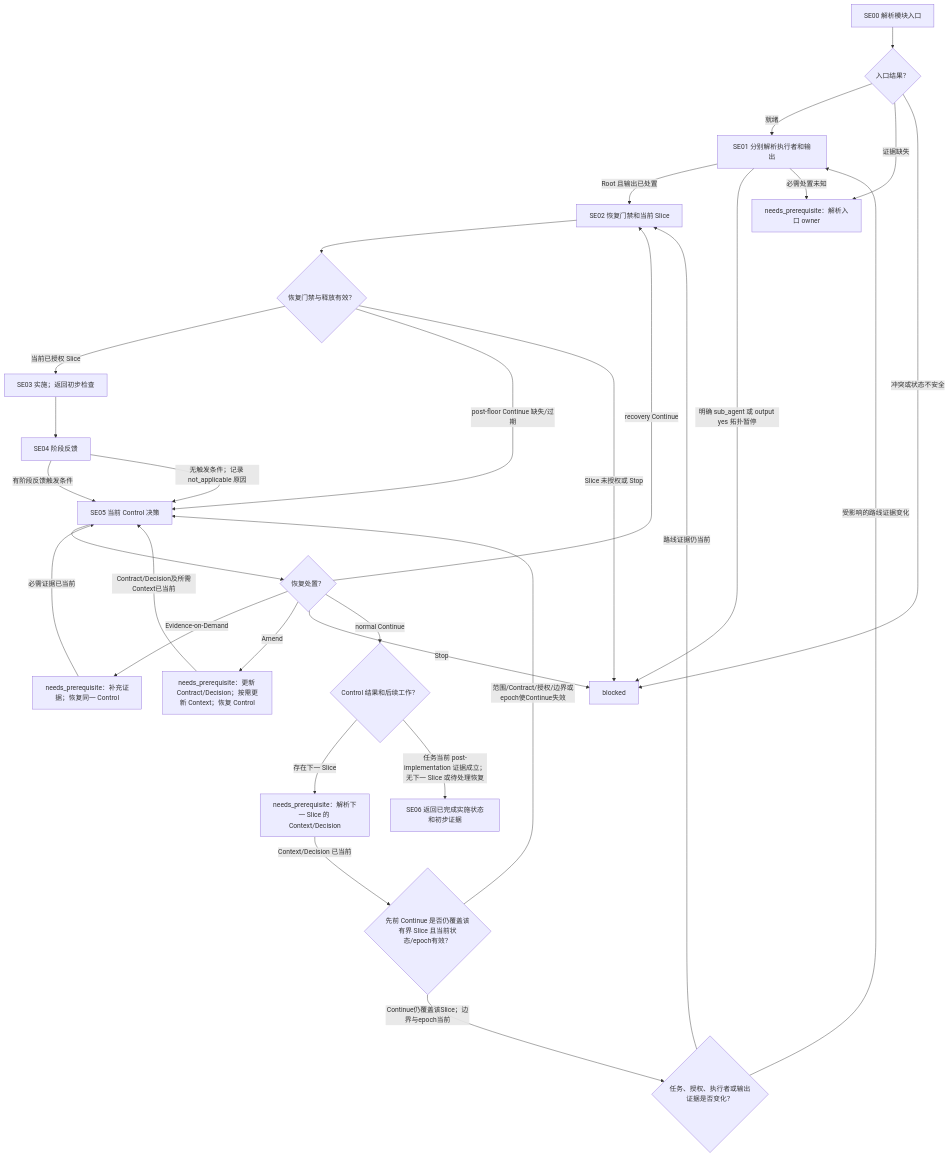
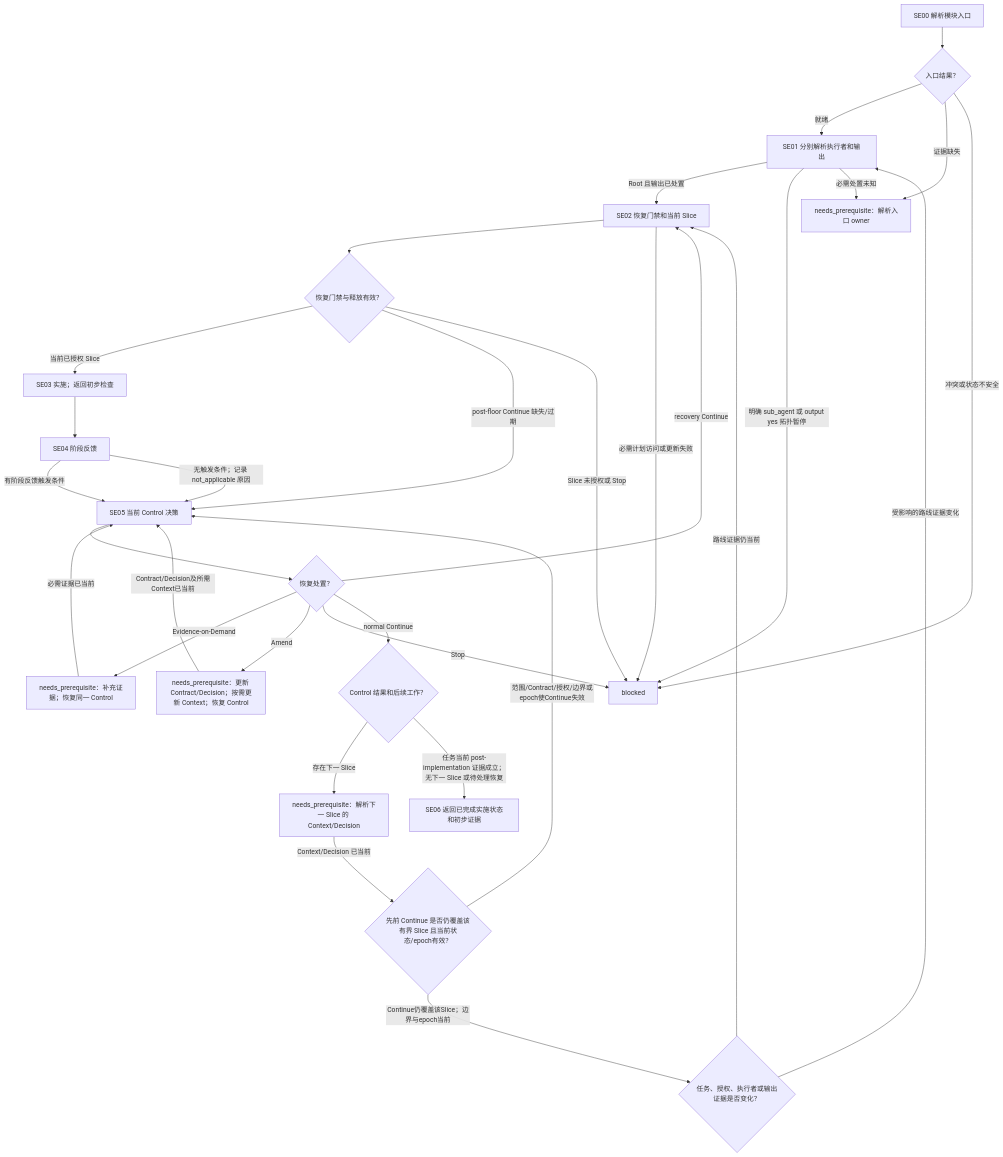
One commit to john-z-huang/token-io-decoupling changed the diagram in references/coding/layer-04-workflows/modules/single-execution_zh_cn.md. Above: the diagram before and after it, drawn with Mermaid. The commit also changed other lines of this file and 47 other files, not shown here.

````diff
--- a/references/coding/layer-04-workflows/modules/single-execution_zh_cn.md
+++ b/references/coding/layer-04-workflows/modules/single-execution_zh_cn.md
@@ -18,50 +18,52 @@
 ```mermaid
 flowchart TD
     SE00["SE00 解析模块入口"]
     D_ENTRY{"入口结果？"}
     SE01["SE01 分别解析执行者和输出"]
     SE02["SE02 恢复门禁和当前 Slice"]
     D_GATE{"恢复门禁与释放有效？"}
     SE03["SE03 实施；返回初步检查"]
     SE04["SE04 阶段反馈"]
     SE05["SE05 当前 Control 决策"]
     D_RECOVERY{"恢复处置？"}
     D_CONTROL{"Control 结果和后续工作？"}
     SE06["SE06 返回已完成实施状态和初步证据"]
     SE_NEEDS_ENTRY["needs_prerequisite：解析入口 owner"]
     SE_NEEDS_EOD["needs_prerequisite：补充证据；恢复同一 Control"]
     SE_NEEDS_AMEND["needs_prerequisite：更新 Contract/Decision；按需更新 Context；恢复 Control"]
     SE_NEEDS_NEXT["needs_prerequisite：解析下一 Slice 的 Context/Decision"]
     D_CONTINUE_COVERS{"先前 Continue 是否仍覆盖该有界 Slice 且当前状态/epoch有效？"}
     D_REROUTE{"任务、授权、执行者或输出证据是否变化？"}
     SE_BLOCK["blocked"]
     SE00 --> D_ENTRY
     D_ENTRY -- 就绪 --> SE01
     D_ENTRY -- 证据缺失 --> SE_NEEDS_ENTRY
     D_ENTRY -- 冲突或状态不安全 --> SE_BLOCK
     SE01 -- Root 且输出已处置 --> SE02
     SE01 -- 明确 sub_agent 或 output yes 拓扑暂停 --> SE_BLOCK
     SE01 -- 必需处置未知 --> SE_NEEDS_ENTRY
     SE02 --> D_GATE
     D_GATE -- 当前已授权 Slice --> SE03
     D_GATE -- post-floor Continue 缺失/过期 --> SE05
     D_GATE -- Slice 未授权或 Stop --> SE_BLOCK
     SE03 --> SE04
     SE04 -- 有阶段反馈触发条件 --> SE05
     SE04 -- 无触发条件；记录 not_applicable 原因 --> SE05
     SE05 --> D_RECOVERY
     D_RECOVERY -- recovery Continue --> SE02
     D_RECOVERY -- Evidence-on-Demand --> SE_NEEDS_EOD
     D_RECOVERY -- Amend --> SE_NEEDS_AMEND
     D_RECOVERY -- Stop --> SE_BLOCK
     D_RECOVERY -- normal Continue --> D_CONTROL
     SE_NEEDS_EOD -- 必需证据已当前 --> SE05
     SE_NEEDS_AMEND -- Contract/Decision及所需Context已当前 --> SE05
     D_CONTROL -- 存在下一 Slice --> SE_NEEDS_NEXT
     SE_NEEDS_NEXT -- Context/Decision 已当前 --> D_CONTINUE_COVERS
     D_CONTINUE_COVERS -- Continue仍覆盖该Slice；边界与epoch当前 --> D_REROUTE
     D_CONTINUE_COVERS -- 范围/Contract/授权/边界或epoch使Continue失效 --> SE05
     D_REROUTE -- 受影响的路线证据变化 --> SE01
     D_REROUTE -- 路线证据仍当前 --> SE02
     D_CONTROL -- 任务当前 post-implementation 证据成立；无下一 Slice 或待处理恢复 --> SE06
+    SE02 -- 必需计划访问或更新失败 --> SE_BLOCK
+
 ```
````
